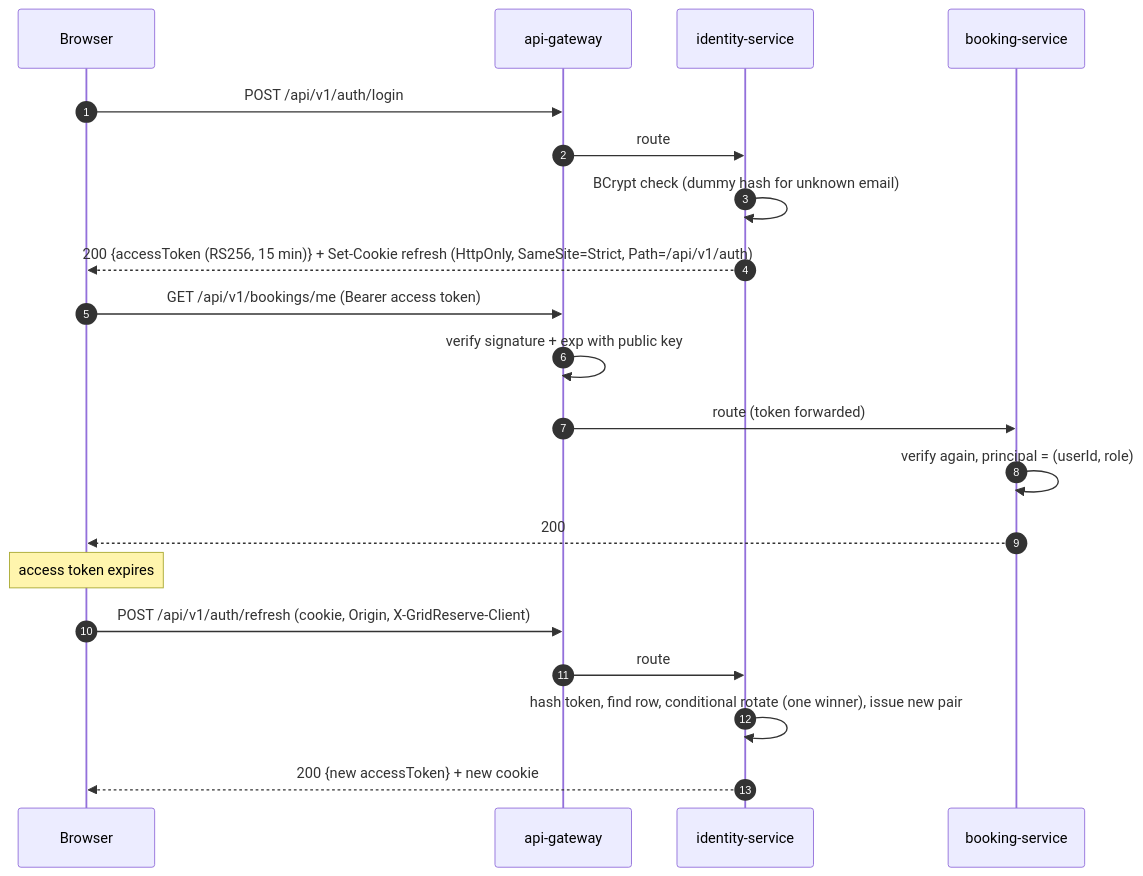
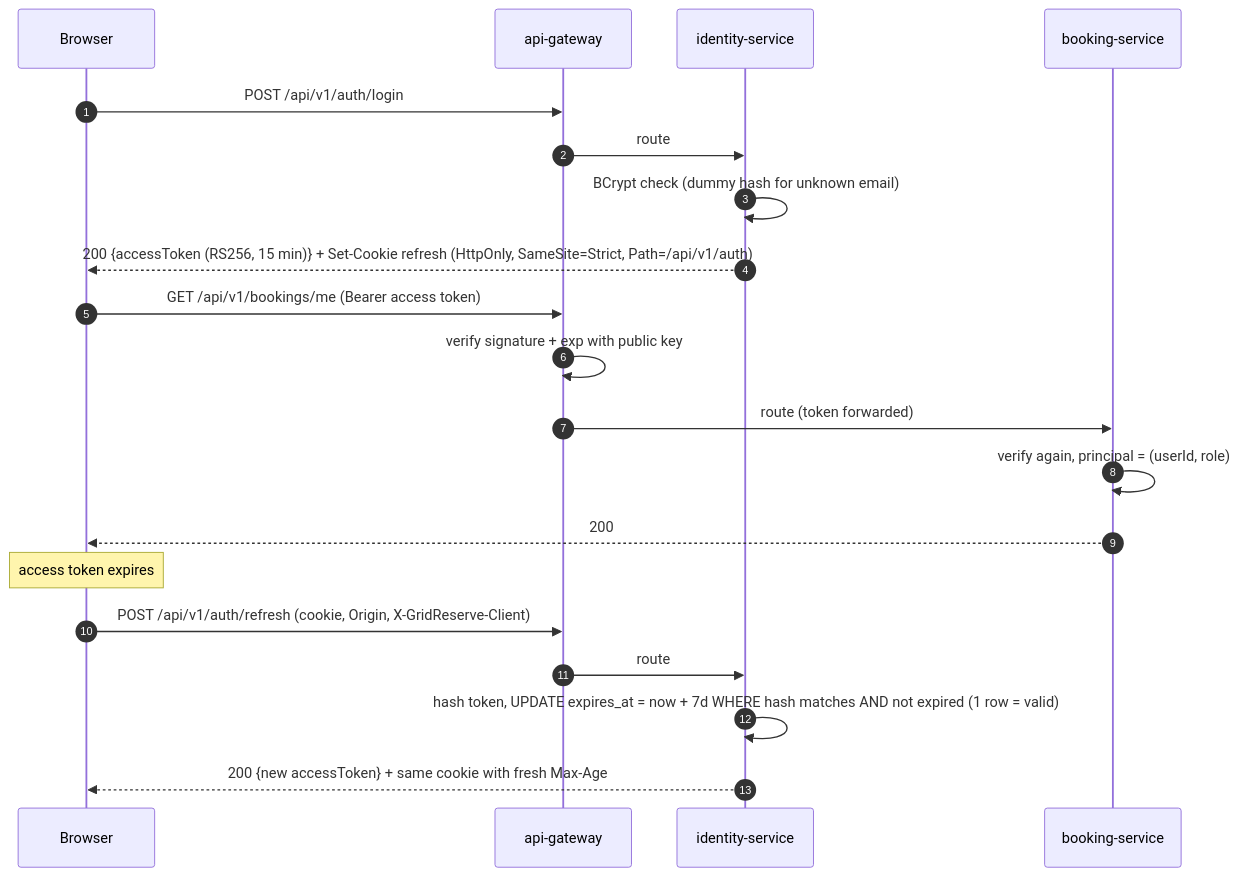
Before and after one commit to chhavinath-bit/GridReserve: the sixth of 7 diagrams in ARCHITECTURE.md, drawn with Mermaid. The commit also changed other lines of this file and 4 other files, not shown here.

First line of the commit message:
Simplify refresh tokens: one row per login, sliding expiry, no rotation (D-37)

````diff
--- a/ARCHITECTURE.md
+++ b/ARCHITECTURE.md
@@ -827,22 +827,22 @@
 ```mermaid
 sequenceDiagram
     autonumber
     participant B as Browser
     participant GW as api-gateway
     participant ID as identity-service
     participant BK as booking-service
     B->>GW: POST /api/v1/auth/login
     GW->>ID: route
     ID->>ID: BCrypt check (dummy hash for unknown email)
     ID-->>B: 200 {accessToken (RS256, 15 min)} + Set-Cookie refresh (HttpOnly, SameSite=Strict, Path=/api/v1/auth)
     B->>GW: GET /api/v1/bookings/me (Bearer access token)
     GW->>GW: verify signature + exp with public key
     GW->>BK: route (token forwarded)
     BK->>BK: verify again, principal = (userId, role)
     BK-->>B: 200
     Note over B: access token expires
     B->>GW: POST /api/v1/auth/refresh (cookie, Origin, X-GridReserve-Client)
     GW->>ID: route
-    ID->>ID: hash token, find row, conditional rotate (one winner), issue new pair
-    ID-->>B: 200 {new accessToken} + new cookie
+    ID->>ID: hash token, UPDATE expires_at = now + 7d WHERE hash matches AND not expired (1 row = valid)
+    ID-->>B: 200 {new accessToken} + same cookie with fresh Max-Age
 ```
````
